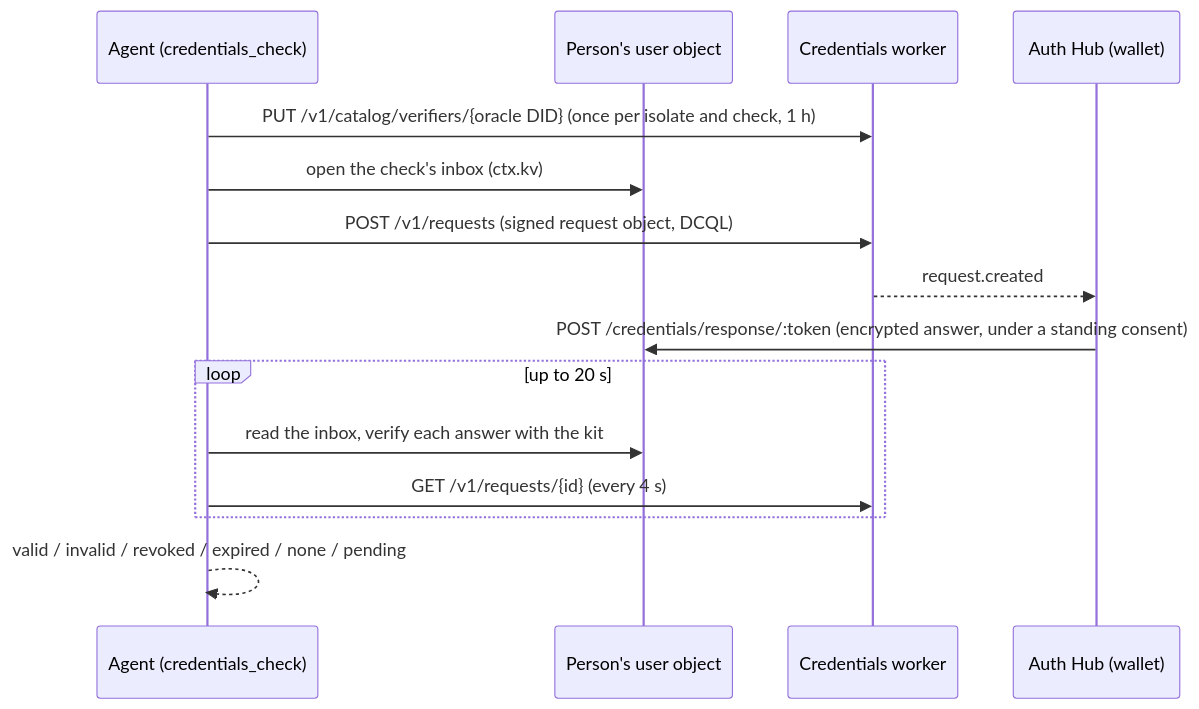
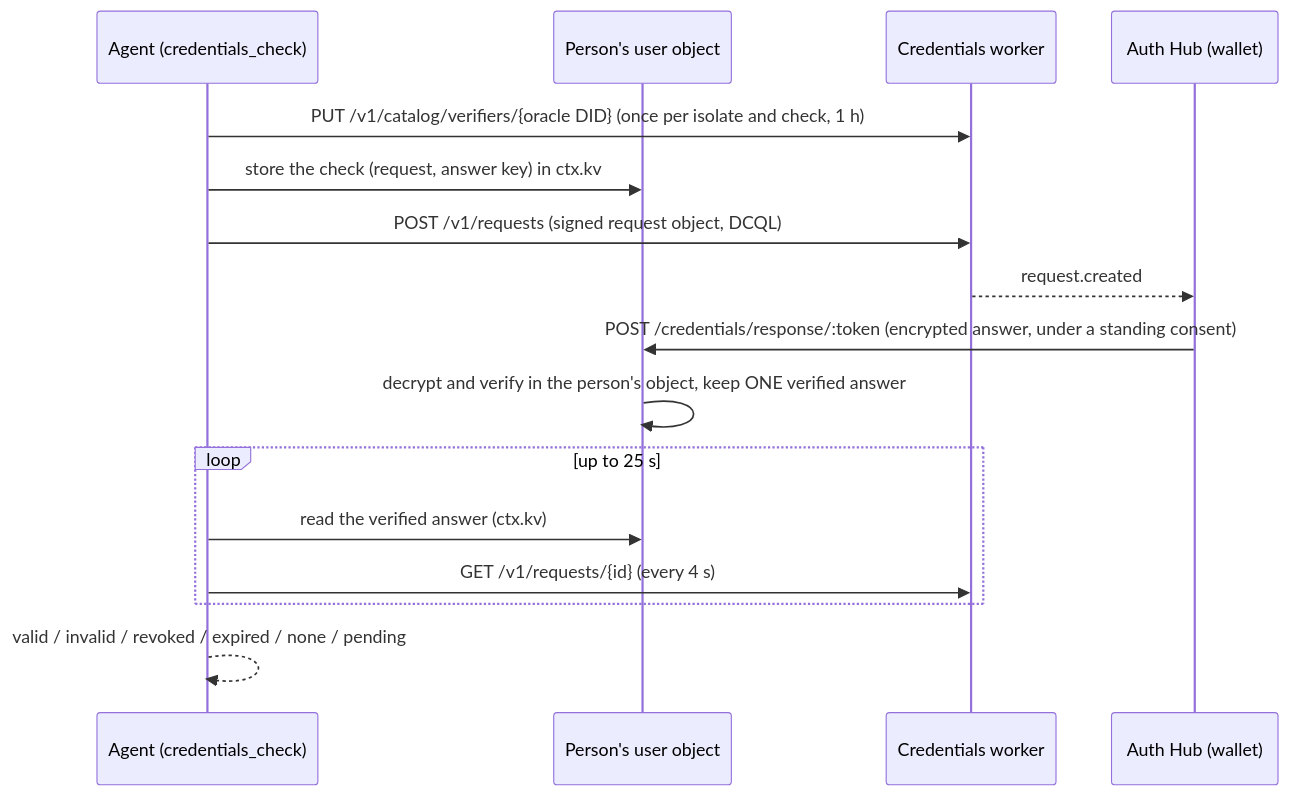
The diagram in packages/oracle-runtime-workers/src/plugins/credentials/README.md (ixoworld/qiforge), drawn with Mermaid before and after one commit. The commit also changed other lines of this file and 32 other files, not shown here.

First line of the commit message:
fix(credentials): scoped JWS signer, verified answers only, per-person kv state

````diff
--- a/packages/oracle-runtime-workers/src/plugins/credentials/README.md
+++ b/packages/oracle-runtime-workers/src/plugins/credentials/README.md
@@ -53,17 +81,18 @@
 ```mermaid
 sequenceDiagram
   participant A as Agent (credentials_check)
   participant O as Person's user object
   participant W as Credentials worker
   participant H as Auth Hub (wallet)
   A->>W: PUT /v1/catalog/verifiers/{oracle DID} (once per isolate and check, 1 h)
-  A->>O: open the check's inbox (ctx.kv)
+  A->>O: store the check (request, answer key) in ctx.kv
   A->>W: POST /v1/requests (signed request object, DCQL)
   W-->>H: request.created
   H->>O: POST /credentials/response/:token (encrypted answer, under a standing consent)
-  loop up to 20 s
-    A->>O: read the inbox, verify each answer with the kit
+  O->>O: decrypt and verify in the person's object, keep ONE verified answer
+  loop up to 25 s
+    A->>O: read the verified answer (ctx.kv)
     A->>W: GET /v1/requests/{id} (every 4 s)
   end
   A-->>A: valid / invalid / revoked / expired / none / pending
 ```
````
